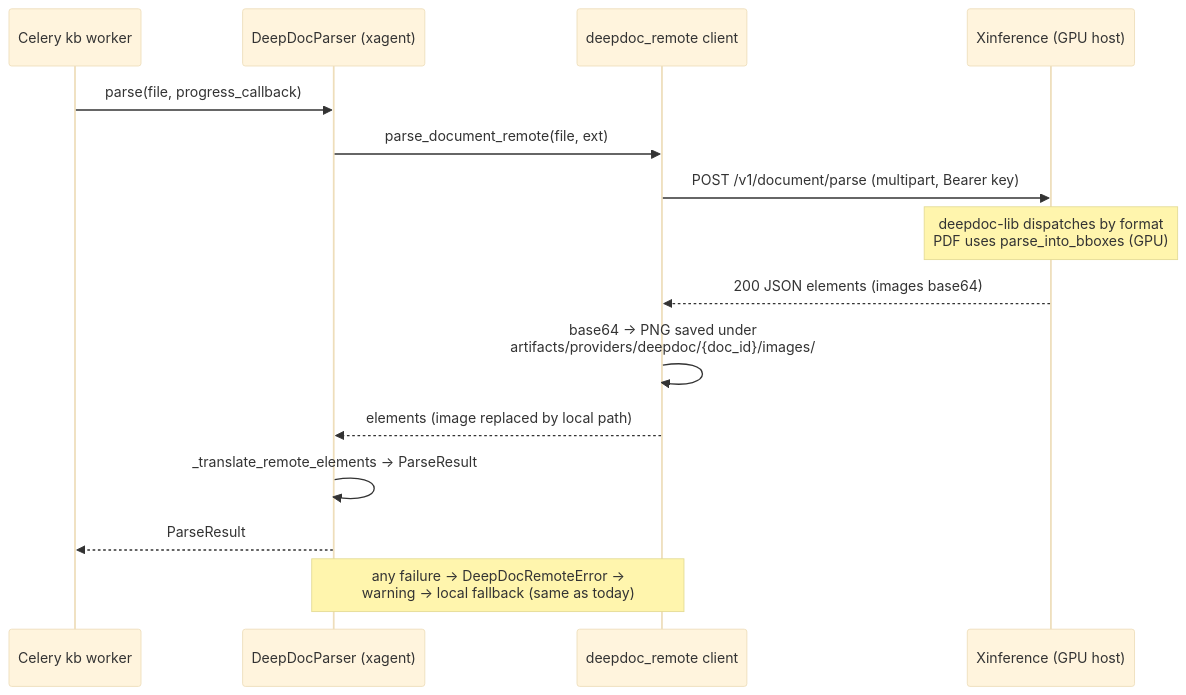
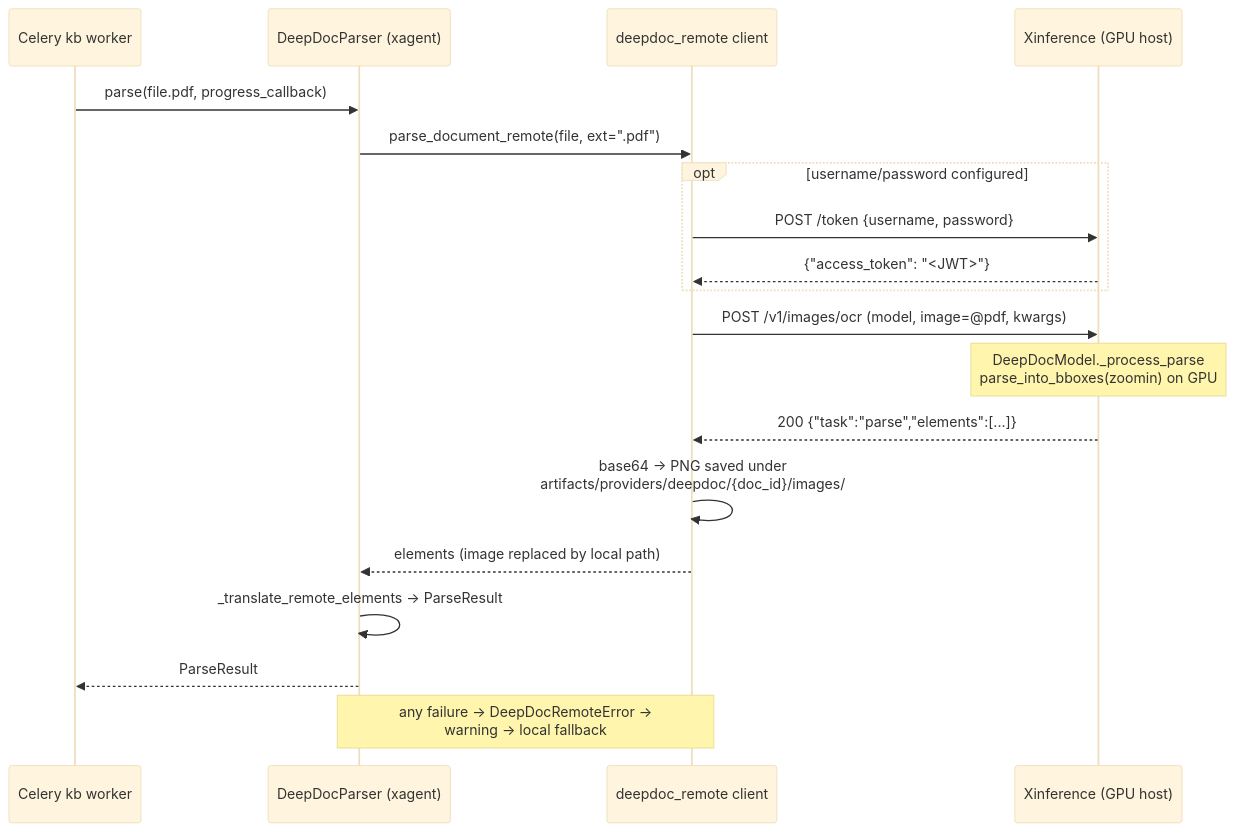
Before and after one commit to OliverBryant/xagent: the second of 2 diagrams in docs/deepdoc-remote-parsing.md, drawn with Mermaid (base theme). The commit also changed other lines of this file and 7 other files, not shown here.

````diff
--- a/docs/deepdoc-remote-parsing.md
+++ b/docs/deepdoc-remote-parsing.md
@@ -59,17 +69,21 @@
 ```mermaid
 sequenceDiagram
     participant W as Celery kb worker
     participant DP as DeepDocParser (xagent)
     participant RC as deepdoc_remote client
     participant XI as Xinference (GPU host)
-    W->>DP: parse(file, progress_callback)
-    DP->>RC: parse_document_remote(file, ext)
-    RC->>XI: POST /v1/document/parse (multipart, Bearer key)
-    Note over XI: deepdoc-lib dispatches by format<br/>PDF uses parse_into_bboxes (GPU)
-    XI-->>RC: 200 JSON elements (images base64)
+    W->>DP: parse(file.pdf, progress_callback)
+    DP->>RC: parse_document_remote(file, ext=".pdf")
+    opt username/password configured
+        RC->>XI: POST /token {username, password}
+        XI-->>RC: {"access_token": "<JWT>"}
+    end
+    RC->>XI: POST /v1/images/ocr (model, image=@pdf, kwargs)
+    Note over XI: DeepDocModel._process_parse<br/>parse_into_bboxes(zoomin) on GPU
+    XI-->>RC: 200 {"task":"parse","elements":[...]}
     RC->>RC: base64 -> PNG saved under<br/>artifacts/providers/deepdoc/{doc_id}/images/
     RC-->>DP: elements (image replaced by local path)
     DP->>DP: _translate_remote_elements -> ParseResult
     DP-->>W: ParseResult
-    Note over DP,RC: any failure -> DeepDocRemoteError -><br/>warning -> local fallback (same as today)
+    Note over DP,RC: any failure -> DeepDocRemoteError -><br/>warning -> local fallback
 ```
````
